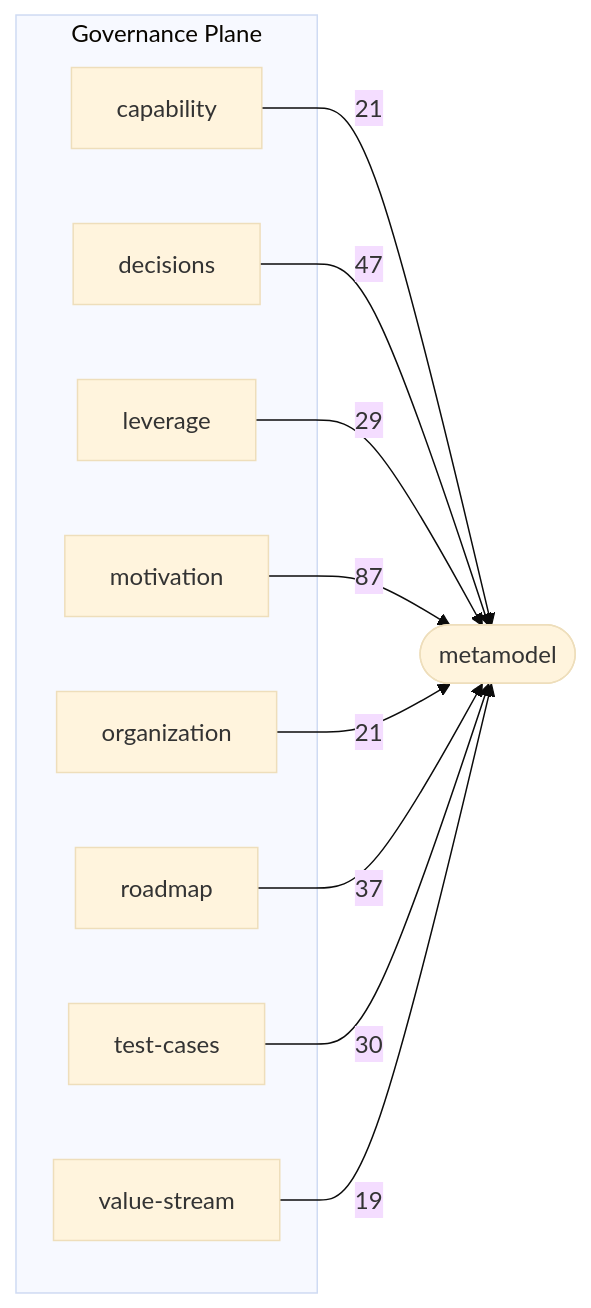
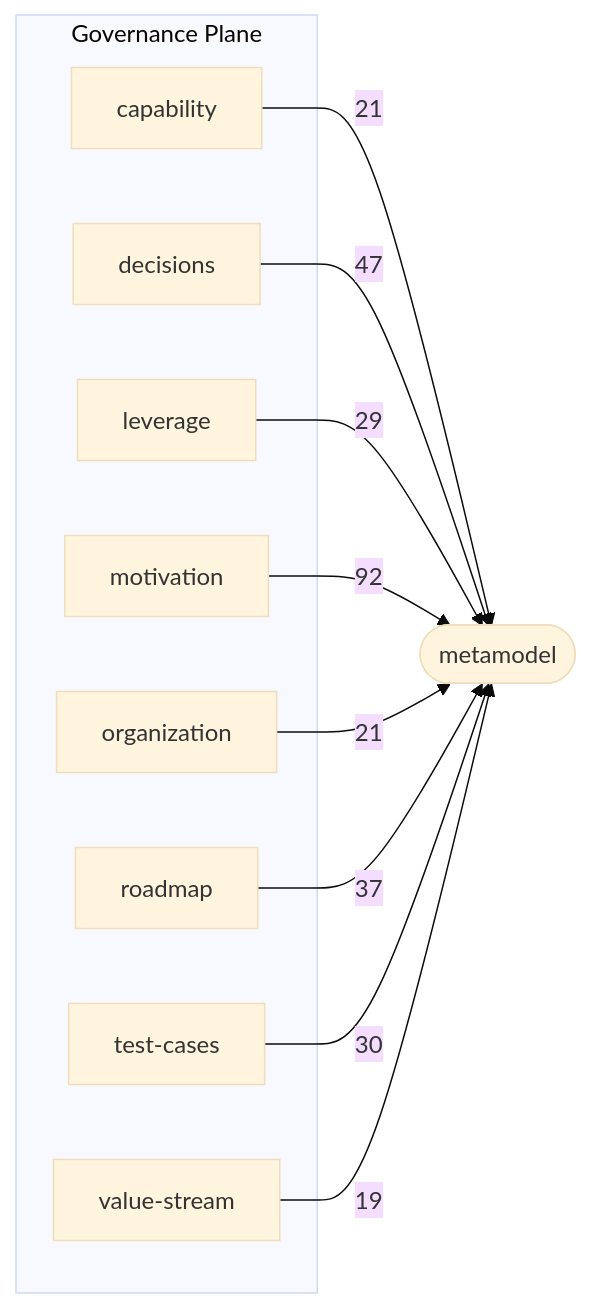
Before and after one commit to Archally/blueprint-schema: the third of 3 diagrams in docs/schema-atlas/v2.8/layer-map.md, drawn with Mermaid (base theme). The commit also changed other lines of this file and 3 other files, not shown here.

Commit message:
Schema Atlas: the catalog follows the 2.8.56 schema

````diff
--- a/docs/schema-atlas/v2.8/layer-map.md
+++ b/docs/schema-atlas/v2.8/layer-map.md
@@ -139,22 +139,22 @@
 ```mermaid
 graph LR
     subgraph governance_plane["Governance Plane"]
         governance_capability_schema_yaml["capability"]
         governance_decisions_schema_yaml["decisions"]
         governance_leverage_schema_yaml["leverage"]
         governance_motivation_schema_yaml["motivation"]
         governance_organization_schema_yaml["organization"]
         governance_roadmap_schema_yaml["roadmap"]
         governance_test_cases_schema_yaml["test-cases"]
         governance_value_stream_schema_yaml["value-stream"]
     end
     metamodel_schema_yaml(["metamodel"])
     governance_capability_schema_yaml -->|21| metamodel_schema_yaml
     governance_decisions_schema_yaml -->|47| metamodel_schema_yaml
     governance_leverage_schema_yaml -->|29| metamodel_schema_yaml
-    governance_motivation_schema_yaml -->|87| metamodel_schema_yaml
+    governance_motivation_schema_yaml -->|92| metamodel_schema_yaml
     governance_organization_schema_yaml -->|21| metamodel_schema_yaml
     governance_roadmap_schema_yaml -->|37| metamodel_schema_yaml
     governance_test_cases_schema_yaml -->|30| metamodel_schema_yaml
     governance_value_stream_schema_yaml -->|19| metamodel_schema_yaml
 ```
````
